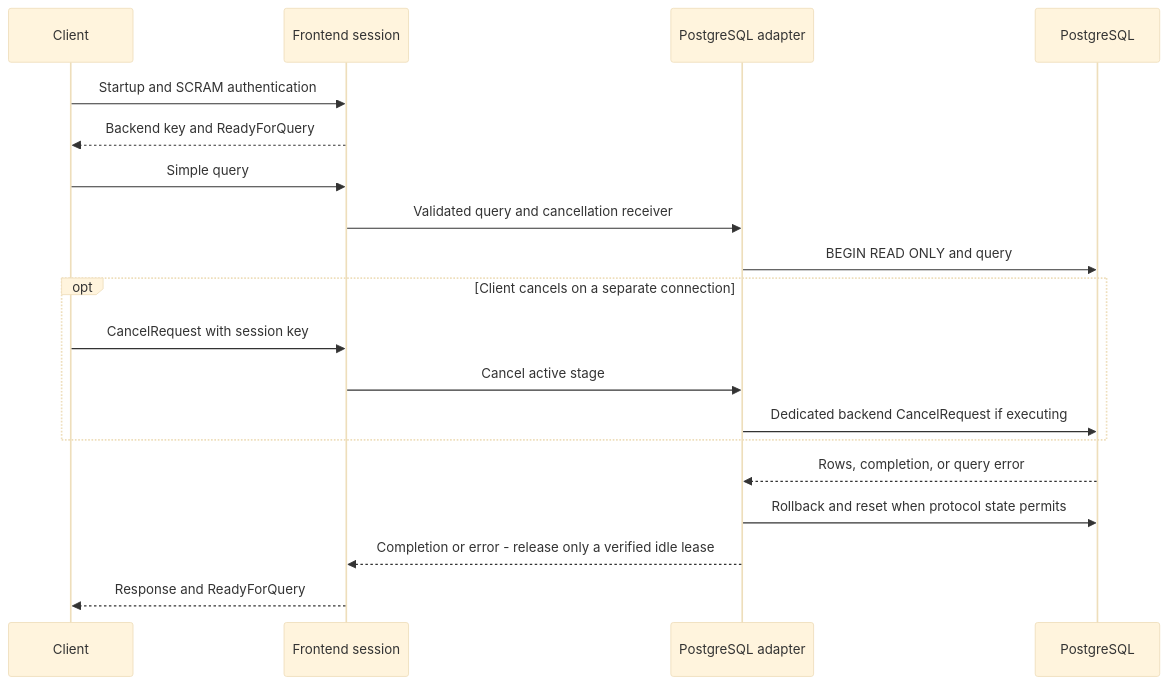
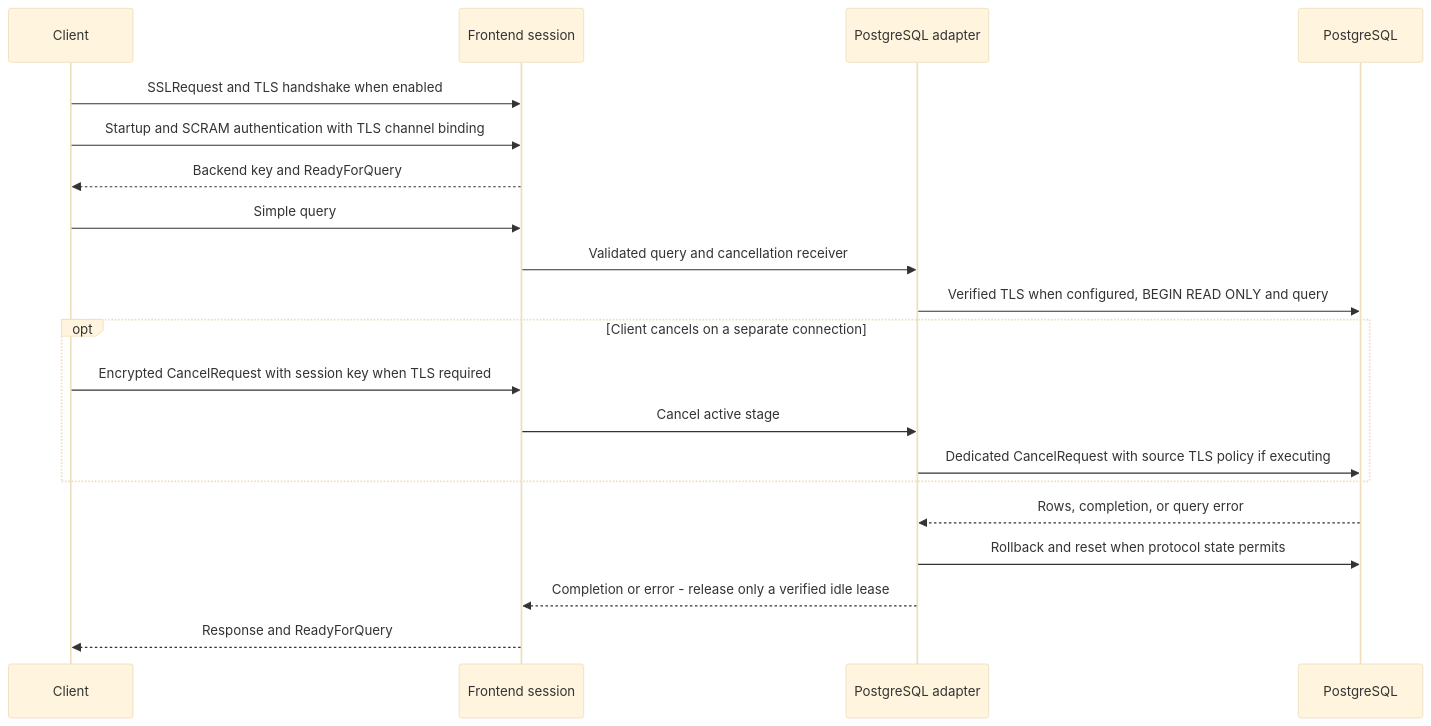
The fourth of 4 diagrams in docs/architecture.md (AbhiSinha08/yasp-analytics-proxy), drawn with Mermaid (base theme) before and after one commit. The commit also changed other lines of this file and 36 other files, not shown here.

````diff
--- a/docs/architecture.md
+++ b/docs/architecture.md
@@ -146,21 +147,22 @@
 ```mermaid
 sequenceDiagram
     participant Client
     participant Session as Frontend session
     participant Adapter as PostgreSQL adapter
     participant PG as PostgreSQL
-    Client->>Session: Startup and SCRAM authentication
+    Client->>Session: SSLRequest and TLS handshake when enabled
+    Client->>Session: Startup and SCRAM authentication with TLS channel binding
     Session-->>Client: Backend key and ReadyForQuery
     Client->>Session: Simple query
     Session->>Adapter: Validated query and cancellation receiver
-    Adapter->>PG: BEGIN READ ONLY and query
+    Adapter->>PG: Verified TLS when configured, BEGIN READ ONLY and query
     opt Client cancels on a separate connection
-        Client->>Session: CancelRequest with session key
+        Client->>Session: Encrypted CancelRequest with session key when TLS required
         Session->>Adapter: Cancel active stage
-        Adapter->>PG: Dedicated backend CancelRequest if executing
+        Adapter->>PG: Dedicated CancelRequest with source TLS policy if executing
     end
     PG-->>Adapter: Rows, completion, or query error
     Adapter->>PG: Rollback and reset when protocol state permits
     Adapter-->>Session: Completion or error - release only a verified idle lease
     Session-->>Client: Response and ReadyForQuery
 ```
````
